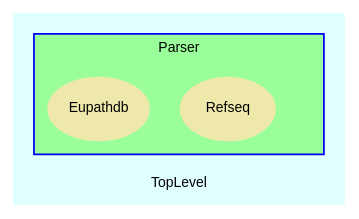
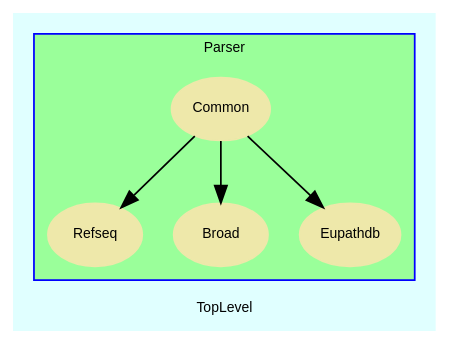
The diagram in doc/dot/f_4.dot (ddiez/seqminer), drawn with Graphviz before and after one commit. The commit also changed 49 other files, not shown here.

```diff
--- a/doc/dot/f_4.dot
+++ b/doc/dot/f_4.dot
@@ -1,47 +1,77 @@
 digraph TopLevel {
     label = "TopLevel"
     compound = true
     fontname = Arial
     fontsize = 8
     bgcolor = lightcyan1
     node [
         color = black,
         fontname = Arial,
         fontsize = 8
+    ]
+
+    Parser__Common -> Parser__Refseq [
+
+    ]
+
+    Parser__Common -> Parser__Broad [
+
+    ]
+
+    Parser__Common -> Parser__Eupathdb [
+
     ]
 
     subgraph cluster_Parser {
         label = "Parser"
         fillcolor = palegreen1
         URL = "classes/Parser.html"
         color = blue
         fontname = Arial
         style = filled
         Parser [
             shape = plaintext,
             height = 0.01,
             width = 0.01,
             label = ""
         ]
 
+        Parser__Common [
+            fontcolor = black,
+            shape = ellipse,
+            URL = "classes/Parser/Common.html",
+            color = palegoldenrod,
+            style = filled,
+            label = "Common"
+        ]
+
         Parser__Refseq [
             fontcolor = black,
             shape = ellipse,
             URL = "classes/Parser/Refseq.html",
             color = palegoldenrod,
             style = filled,
             label = "Refseq"
+        ]
+
+        Parser__Broad [
+            fontcolor = black,
+            shape = ellipse,
+            URL = "classes/Parser/Broad.html",
+            color = palegoldenrod,
+            style = filled,
+            label = "Broad"
         ]
 
         Parser__Eupathdb [
             fontcolor = black,
             shape = ellipse,
             URL = "classes/Parser/Eupathdb.html",
             color = palegoldenrod,
             style = filled,
             label = "Eupathdb"
         ]
 
     }
 
 }
```
